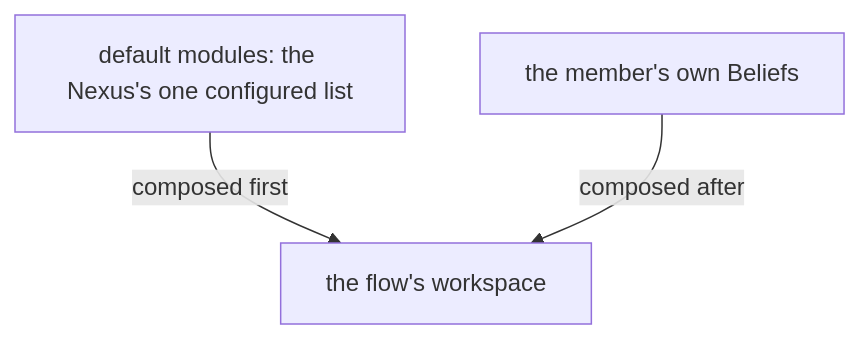
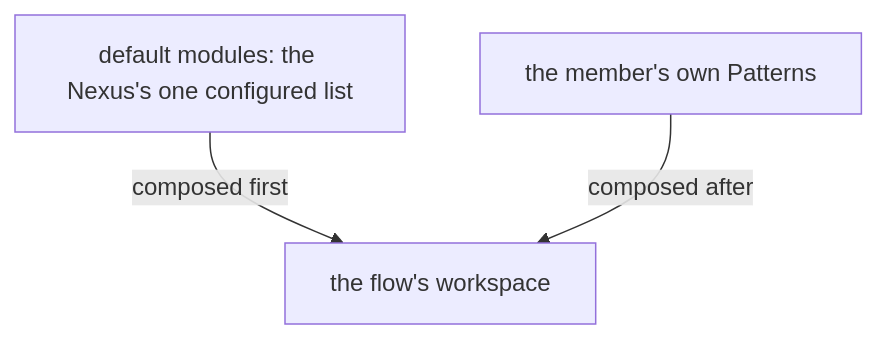
Before and after one commit to LiGoldragon/psyche-belief: the third of 7 diagrams in vision/flow-nexus/1.md, drawn with Mermaid. The commit also changed other lines of this file and 11 other files, not shown here.

````diff
--- a/vision/flow-nexus/1.md
+++ b/vision/flow-nexus/1.md
@@ -135,5 +135,5 @@
 ```mermaid
 flowchart TB
     d["default modules: the Nexus's one configured list"] -- "composed first" --> w["the flow's workspace"]
-    m["the member's own Beliefs"] -- "composed after" --> w
+    m["the member's own Patterns"] -- "composed after" --> w
 ```
````
